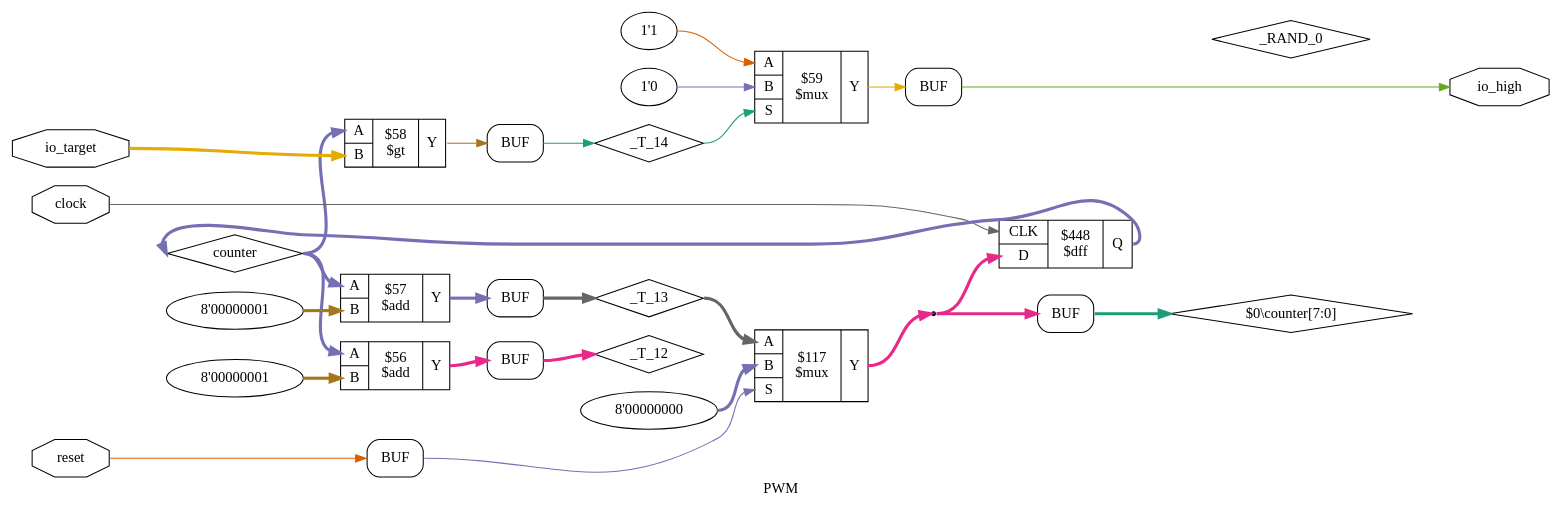
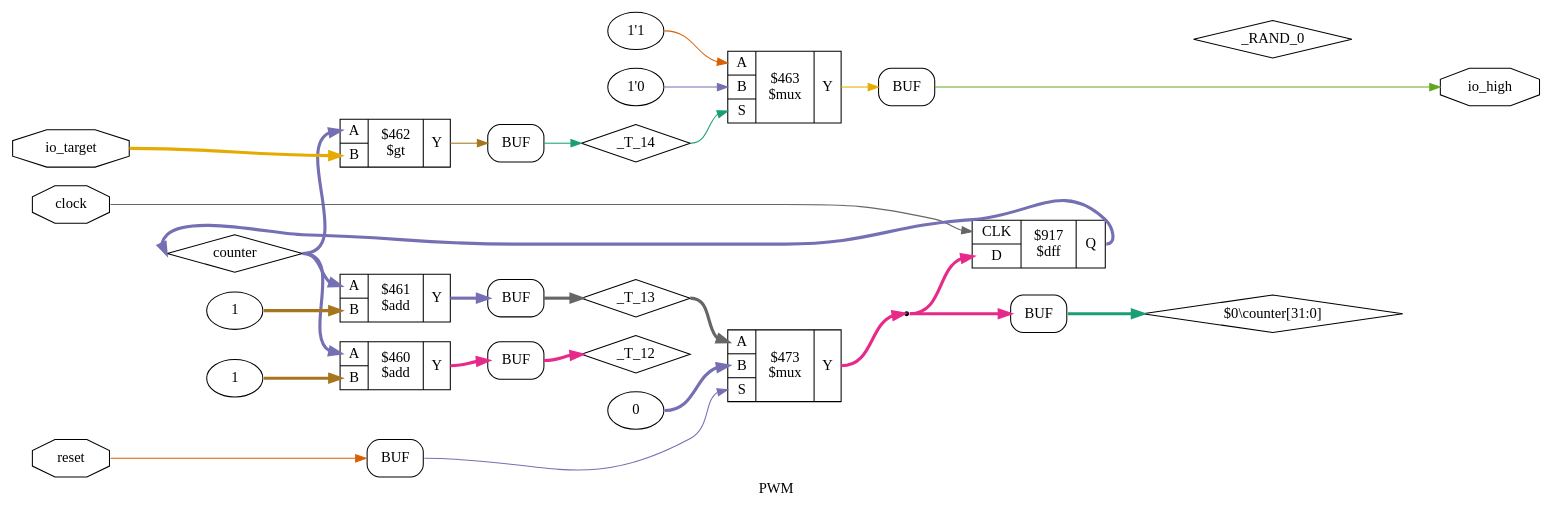
The diagram in graphs/yosys/PWM_gen.dot (TDT4295-2019-groupA/FPGA), drawn with Graphviz before and after one commit. The commit also changed 81 other files, not shown here.

Commit message:
run make graphs

```diff
--- a/graphs/yosys/PWM_gen.dot
+++ b/graphs/yosys/PWM_gen.dot
@@ -1,62 +1,62 @@
 digraph "PWM" {
 label="PWM";
 rankdir="LR";
 remincross=true;
 n8 [ shape=diamond, label="_T_14", color="black", fontcolor="black" ];
 n9 [ shape=diamond, label="_T_13", color="black", fontcolor="black" ];
 n10 [ shape=diamond, label="_T_12", color="black", fontcolor="black" ];
 n11 [ shape=diamond, label="_RAND_0", color="black", fontcolor="black" ];
 n12 [ shape=diamond, label="counter", color="black", fontcolor="black" ];
 n13 [ shape=octagon, label="io_target", color="black", fontcolor="black" ];
 n14 [ shape=octagon, label="io_high", color="black", fontcolor="black" ];
 n15 [ shape=octagon, label="reset", color="black", fontcolor="black" ];
 n16 [ shape=octagon, label="clock", color="black", fontcolor="black" ];
 { rank="source"; n13; n15; n16;}
 { rank="sink"; n14;}
-c20 [ shape=record, label="{{<p17> CLK|<p18> D}|$448\n$dff|{<p19> Q}}" ];
-v0 [ label="8'00000000" ];
-c25 [ shape=record, label="{{<p21> A|<p22> B|<p23> S}|$117\n$mux|{<p24> Y}}" ];
+c20 [ shape=record, label="{{<p17> CLK|<p18> D}|$917\n$dff|{<p19> Q}}" ];
+v0 [ label="0" ];
+c25 [ shape=record, label="{{<p21> A|<p22> B|<p23> S}|$473\n$mux|{<p24> Y}}" ];
 v1 [ label="1'0" ];
 v2 [ label="1'1" ];
-c26 [ shape=record, label="{{<p21> A|<p22> B|<p23> S}|$59\n$mux|{<p24> Y}}" ];
-c27 [ shape=record, label="{{<p21> A|<p22> B}|$58\n$gt|{<p24> Y}}" ];
-v3 [ label="8'00000001" ];
-c28 [ shape=record, label="{{<p21> A|<p22> B}|$57\n$add|{<p24> Y}}" ];
-v4 [ label="8'00000001" ];
-c29 [ shape=record, label="{{<p21> A|<p22> B}|$56\n$add|{<p24> Y}}" ];
+c26 [ shape=record, label="{{<p21> A|<p22> B|<p23> S}|$463\n$mux|{<p24> Y}}" ];
+c27 [ shape=record, label="{{<p21> A|<p22> B}|$462\n$gt|{<p24> Y}}" ];
+v3 [ label="1" ];
+c28 [ shape=record, label="{{<p21> A|<p22> B}|$461\n$add|{<p24> Y}}" ];
+v4 [ label="1" ];
+c29 [ shape=record, label="{{<p21> A|<p22> B}|$460\n$add|{<p24> Y}}" ];
 x5 [shape=box, style=rounded, label="BUF"];
 x6 [shape=box, style=rounded, label="BUF"];
 x7 [shape=box, style=rounded, label="BUF"];
 x8 [shape=box, style=rounded, label="BUF"];
 x9 [shape=box, style=rounded, label="BUF"];
 x10 [shape=box, style=rounded, label="BUF"];
 n1 [ shape=point ];
 c25:p24:e -> n1:w [colorscheme="dark28", color="4", fontcolor="4", style="setlinewidth(3)", label=""];
 n1:e -> c20:p18:w [colorscheme="dark28", color="4", fontcolor="4", style="setlinewidth(3)", label=""];
 n1:e -> x10:w:w [colorscheme="dark28", color="4", fontcolor="4", style="setlinewidth(3)", label=""];
 x5:e:e -> n10:w [colorscheme="dark28", color="4", fontcolor="4", style="setlinewidth(3)", label=""];
 c20:p19:e -> n12:w [colorscheme="dark28", color="3", fontcolor="3", style="setlinewidth(3)", label=""];
 n12:e -> c27:p21:w [colorscheme="dark28", color="3", fontcolor="3", style="setlinewidth(3)", label=""];
 n12:e -> c28:p21:w [colorscheme="dark28", color="3", fontcolor="3", style="setlinewidth(3)", label=""];
 n12:e -> c29:p21:w [colorscheme="dark28", color="3", fontcolor="3", style="setlinewidth(3)", label=""];
 n13:e -> c27:p22:w [colorscheme="dark28", color="6", fontcolor="6", style="setlinewidth(3)", label=""];
 x8:e:e -> n14:w [colorscheme="dark28", color="5", fontcolor="5", label=""];
 n15:e -> x9:w:w [colorscheme="dark28", color="2", fontcolor="2", label=""];
 n16:e -> c20:p17:w [colorscheme="dark28", color="8", fontcolor="8", label=""];
 x9:e:e -> c25:p23:w [colorscheme="dark28", color="3", fontcolor="3", label=""];
-n3 [ shape=diamond, label="$0\\counter[7:0]" ];
+n3 [ shape=diamond, label="$0\\counter[31:0]" ];
 x10:e:e -> n3:w [colorscheme="dark28", color="1", fontcolor="1", style="setlinewidth(3)", label=""];
 c26:p24:e -> x8:w:w [colorscheme="dark28", color="6", fontcolor="6", label=""];
 c27:p24:e -> x7:w:w [colorscheme="dark28", color="7", fontcolor="7", label=""];
 c28:p24:e -> x6:w:w [colorscheme="dark28", color="3", fontcolor="3", style="setlinewidth(3)", label=""];
 c29:p24:e -> x5:w:w [colorscheme="dark28", color="4", fontcolor="4", style="setlinewidth(3)", label=""];
 x7:e:e -> n8:w [colorscheme="dark28", color="1", fontcolor="1", label=""];
 n8:e -> c26:p23:w [colorscheme="dark28", color="1", fontcolor="1", label=""];
 x6:e:e -> n9:w [colorscheme="dark28", color="8", fontcolor="8", style="setlinewidth(3)", label=""];
 n9:e -> c25:p21:w [colorscheme="dark28", color="8", fontcolor="8", style="setlinewidth(3)", label=""];
 v0:e -> c25:p22:w [colorscheme="dark28", color="3", fontcolor="3", style="setlinewidth(3)", label=""];
 v1:e -> c26:p22:w [colorscheme="dark28", color="3", fontcolor="3", label=""];
 v2:e -> c26:p21:w [colorscheme="dark28", color="2", fontcolor="2", label=""];
 v3:e -> c28:p22:w [colorscheme="dark28", color="7", fontcolor="7", style="setlinewidth(3)", label=""];
 v4:e -> c29:p22:w [colorscheme="dark28", color="7", fontcolor="7", style="setlinewidth(3)", label=""];
 }
```
